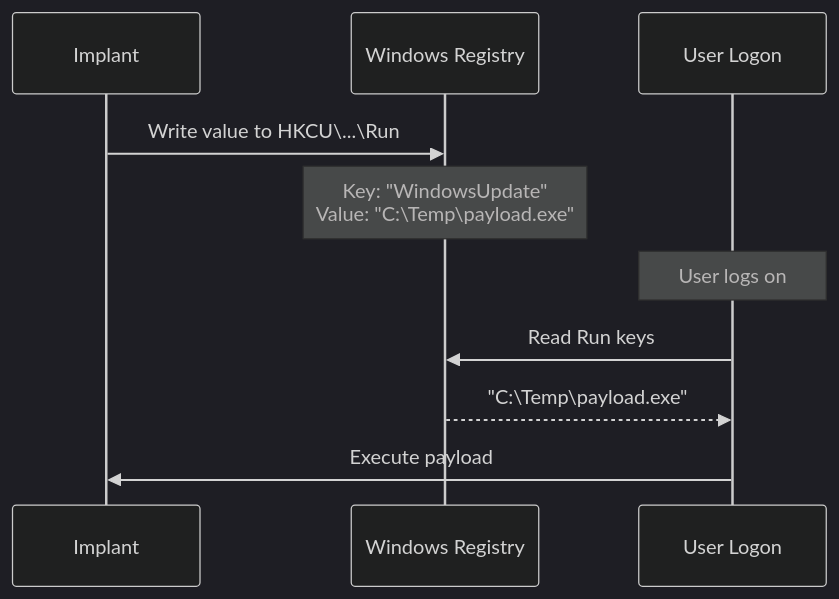
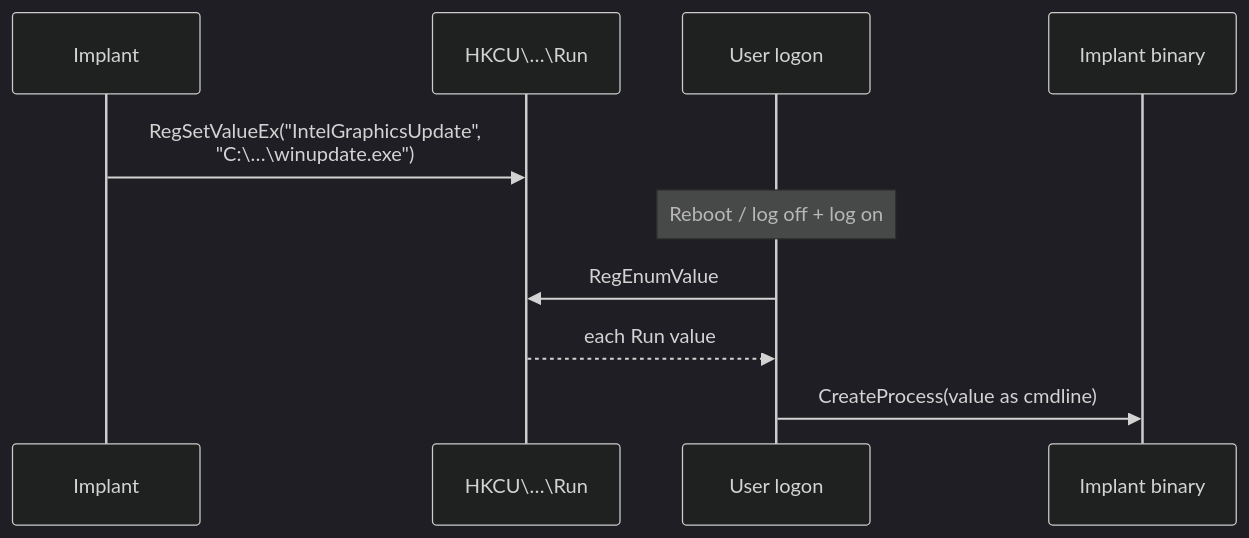
Before and after one commit to oioio-space/maldev: the diagram in docs/techniques/persistence/registry.md, drawn with Mermaid (dark theme). The commit also changed other lines of this file and 7 other files, not shown here.

````diff
--- a/docs/techniques/persistence/registry.md
+++ b/docs/techniques/persistence/registry.md
@@ -22,14 +34,13 @@
 ```mermaid
 sequenceDiagram
-    participant Implant
-    participant Registry as Windows Registry
-    participant Logon as User Logon
+    participant Impl as Implant
+    participant Reg as HKCU\…\Run
+    participant Logon as User logon
+    participant Bin as Implant binary
 
-    Implant->>Registry: Write value to HKCU\...\Run
-    Note over Registry: Key: "WindowsUpdate"<br/>Value: "C:\Temp\payload.exe"
-
-    Note over Logon: User logs on
-    Logon->>Registry: Read Run keys
-    Registry-->>Logon: "C:\Temp\payload.exe"
-    Logon->>Implant: Execute payload
+    Impl->>Reg: RegSetValueEx("IntelGraphicsUpdate",<br/>"C:\…\winupdate.exe")
+    Note over Logon: Reboot / log off + log on
+    Logon->>Reg: RegEnumValue
+    Reg-->>Logon: each Run value
+    Logon->>Bin: CreateProcess(value as cmdline)
 ```
````
